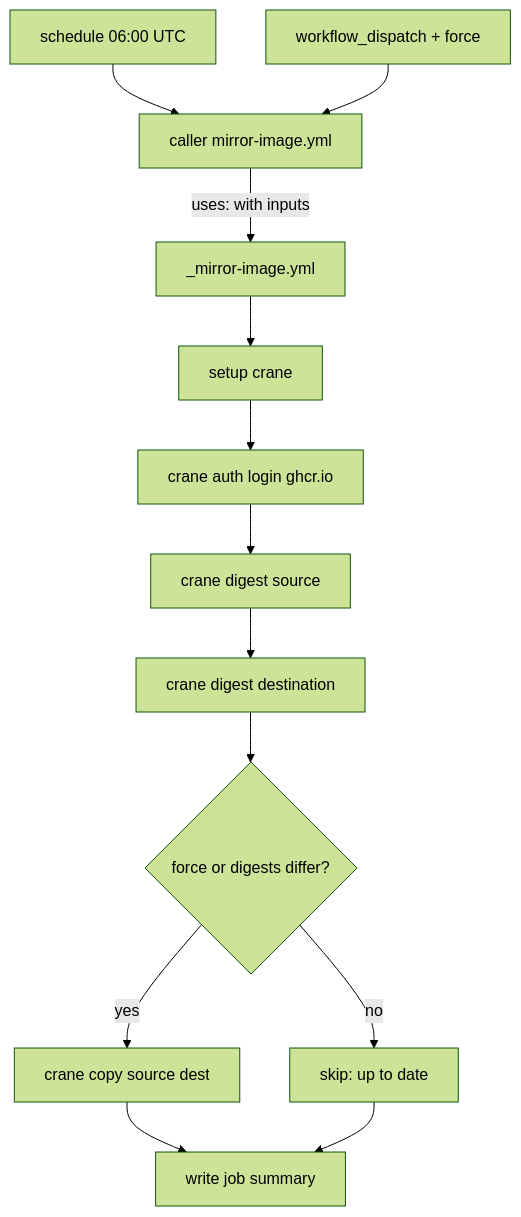
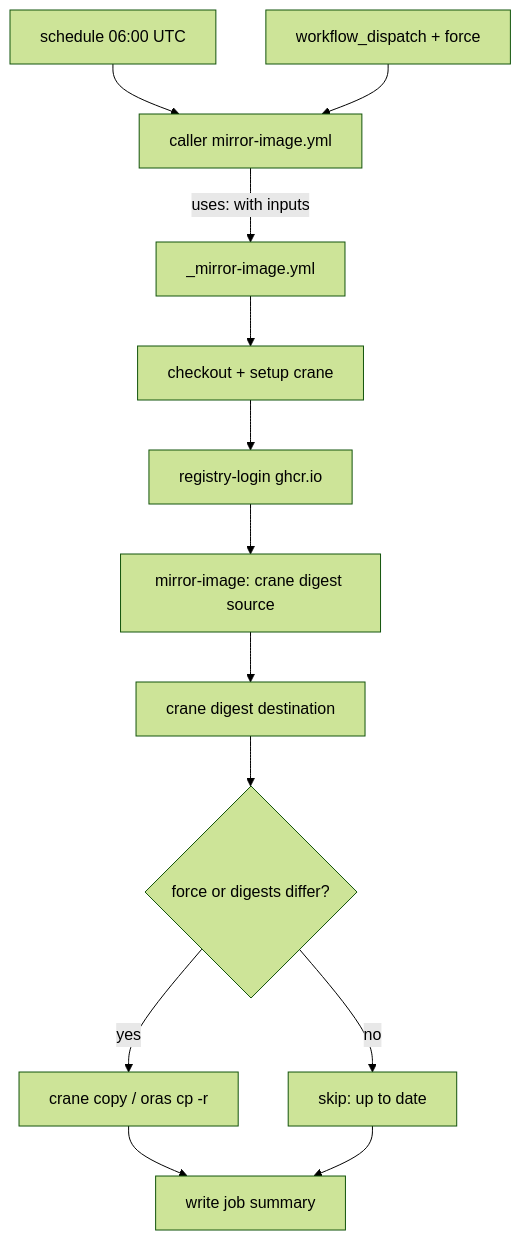
Before and after one commit to toddysm/cssc-framework: the diagram in docs/architecture/workflows/image-mirror-workflows.md, drawn with Mermaid (forest theme). The commit also changed other lines of this file and 15 other files, not shown here.

````diff
--- a/docs/architecture/workflows/image-mirror-workflows.md
+++ b/docs/architecture/workflows/image-mirror-workflows.md
@@ -102,15 +113,15 @@
 ```mermaid
 flowchart TD
     A[schedule 06:00 UTC] --> C[caller mirror-image.yml]
     B[workflow_dispatch + force] --> C
     C -->|uses: with inputs| D[_mirror-image.yml]
-    D --> E[setup crane]
-    E --> F[crane auth login ghcr.io]
-    F --> G[crane digest source]
+    D --> E[checkout + setup crane]
+    E --> F[registry-login ghcr.io]
+    F --> G[mirror-image: crane digest source]
     G --> H[crane digest destination]
     H --> I{force or digests differ?}
     I -->|no| J[skip: up to date]
-    I -->|yes| K[crane copy source dest]
+    I -->|yes| K[crane copy / oras cp -r]
     K --> L[write job summary]
     J --> L
 ```
````
